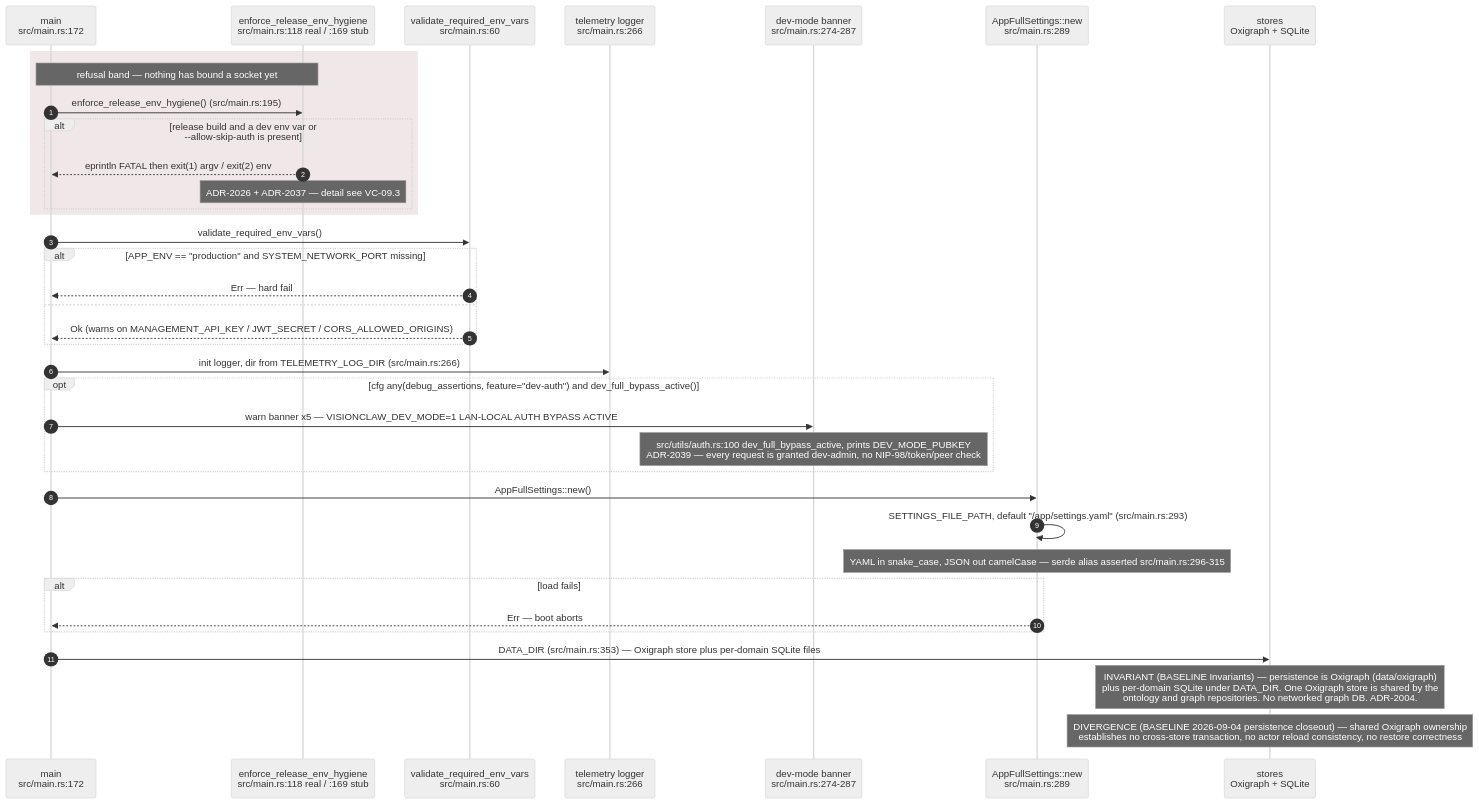
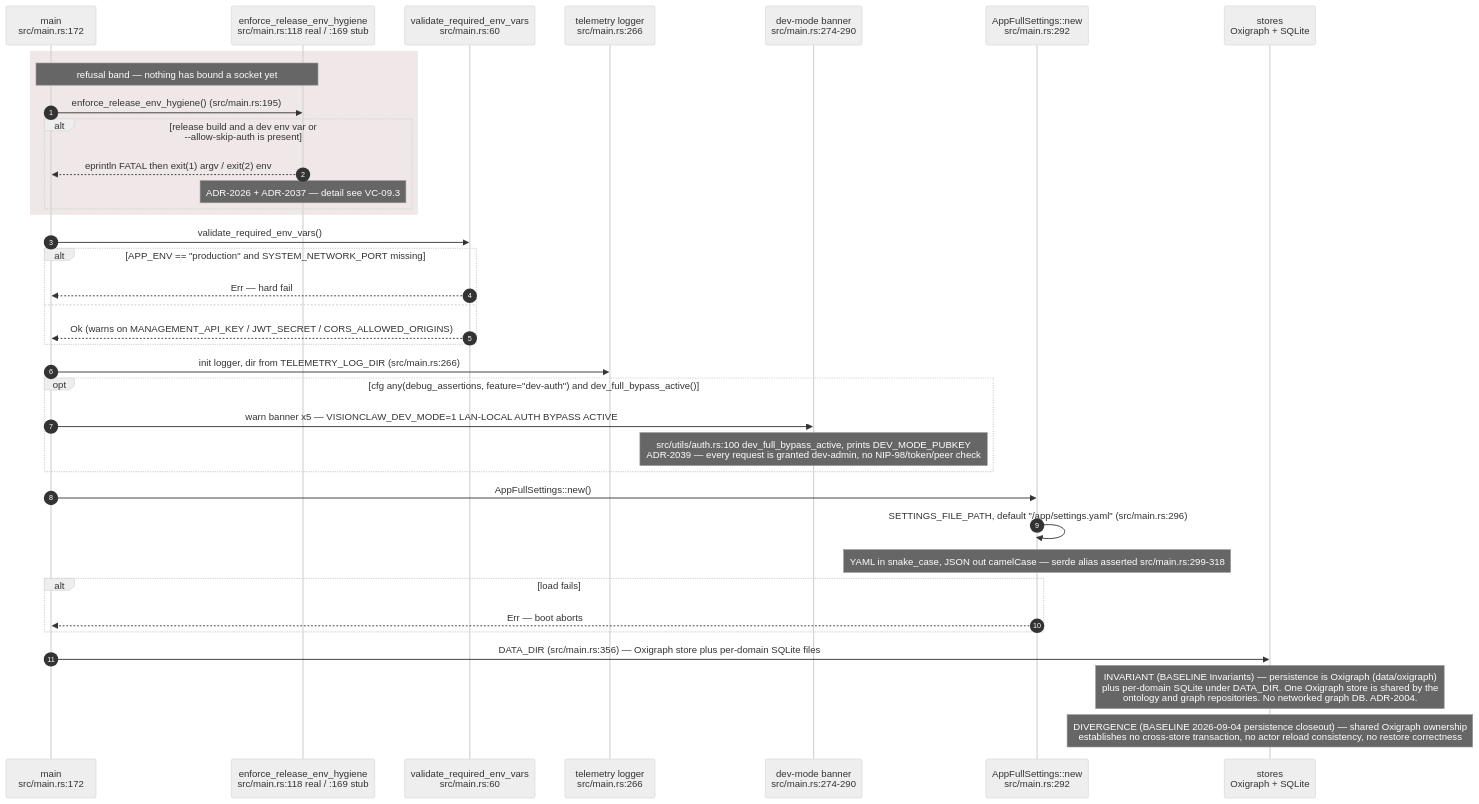
Before and after one commit to DreamLab-AI/AR-AI-Knowledge-Graph: the first of 14 diagrams in docs/diagrams/visionclaw/01-boot-and-app-state.md, drawn with Mermaid (neutral theme). The commit also changed other lines of this file and 73 other files, not shown here.

First line of the commit message:
docs(diagrams): re-verify all 71 topic files against HEAD; add --cite-check

````diff
--- a/docs/diagrams/visionclaw/01-boot-and-app-state.md
+++ b/docs/diagrams/visionclaw/01-boot-and-app-state.md
@@ -71,40 +71,40 @@
 ```mermaid
 sequenceDiagram
     autonumber
     participant M as main<br/>src/main.rs:172
     participant EH as enforce_release_env_hygiene<br/>src/main.rs:118 real / :169 stub
     participant VE as validate_required_env_vars<br/>src/main.rs:60
     participant TL as telemetry logger<br/>src/main.rs:266
-    participant DB as dev-mode banner<br/>src/main.rs:274-287
-    participant CF as AppFullSettings::new<br/>src/main.rs:289
+    participant DB as dev-mode banner<br/>src/main.rs:274-290
+    participant CF as AppFullSettings::new<br/>src/main.rs:292
     participant ST as stores<br/>Oxigraph + SQLite
 
     rect rgb(240,232,232)
     Note over M,EH: refusal band — nothing has bound a socket yet
     M->>EH: enforce_release_env_hygiene() (src/main.rs:195)
     alt release build and a dev env var or --allow-skip-auth is present
         EH-->>M: eprintln FATAL then exit(1) argv / exit(2) env
         Note over EH: ADR-2026 + ADR-2037 — detail see VC-09.3
     end
     end
     M->>VE: validate_required_env_vars()
     alt APP_ENV == "production" and SYSTEM_NETWORK_PORT missing
         VE-->>M: Err — hard fail
     else
         VE-->>M: Ok (warns on MANAGEMENT_API_KEY / JWT_SECRET / CORS_ALLOWED_ORIGINS)
     end
     M->>TL: init logger, dir from TELEMETRY_LOG_DIR (src/main.rs:266)
     opt cfg any(debug_assertions, feature="dev-auth") and dev_full_bypass_active()
         M->>DB: warn banner x5 — VISIONCLAW_DEV_MODE=1 LAN-LOCAL AUTH BYPASS ACTIVE
         Note over DB: src/utils/auth.rs:100 dev_full_bypass_active, prints DEV_MODE_PUBKEY<br/>ADR-2039 — every request is granted dev-admin, no NIP-98/token/peer check
     end
     M->>CF: AppFullSettings::new()
-    CF->>CF: SETTINGS_FILE_PATH, default "/app/settings.yaml" (src/main.rs:293)
-    Note over CF: YAML in snake_case, JSON out camelCase — serde alias asserted src/main.rs:296-315
+    CF->>CF: SETTINGS_FILE_PATH, default "/app/settings.yaml" (src/main.rs:296)
+    Note over CF: YAML in snake_case, JSON out camelCase — serde alias asserted src/main.rs:299-318
     alt load fails
         CF-->>M: Err — boot aborts
     end
-    M->>ST: DATA_DIR (src/main.rs:353) — Oxigraph store plus per-domain SQLite files
+    M->>ST: DATA_DIR (src/main.rs:356) — Oxigraph store plus per-domain SQLite files
     Note over ST: INVARIANT (BASELINE Invariants) — persistence is Oxigraph (data/oxigraph)<br/>plus per-domain SQLite under DATA_DIR. One Oxigraph store is shared by the<br/>ontology and graph repositories. No networked graph DB. ADR-2004.
     Note over ST: DIVERGENCE (BASELINE 2026-09-04 persistence closeout) — shared Oxigraph ownership<br/>establishes no cross-store transaction, no actor reload consistency, no restore correctness
 ```
````
